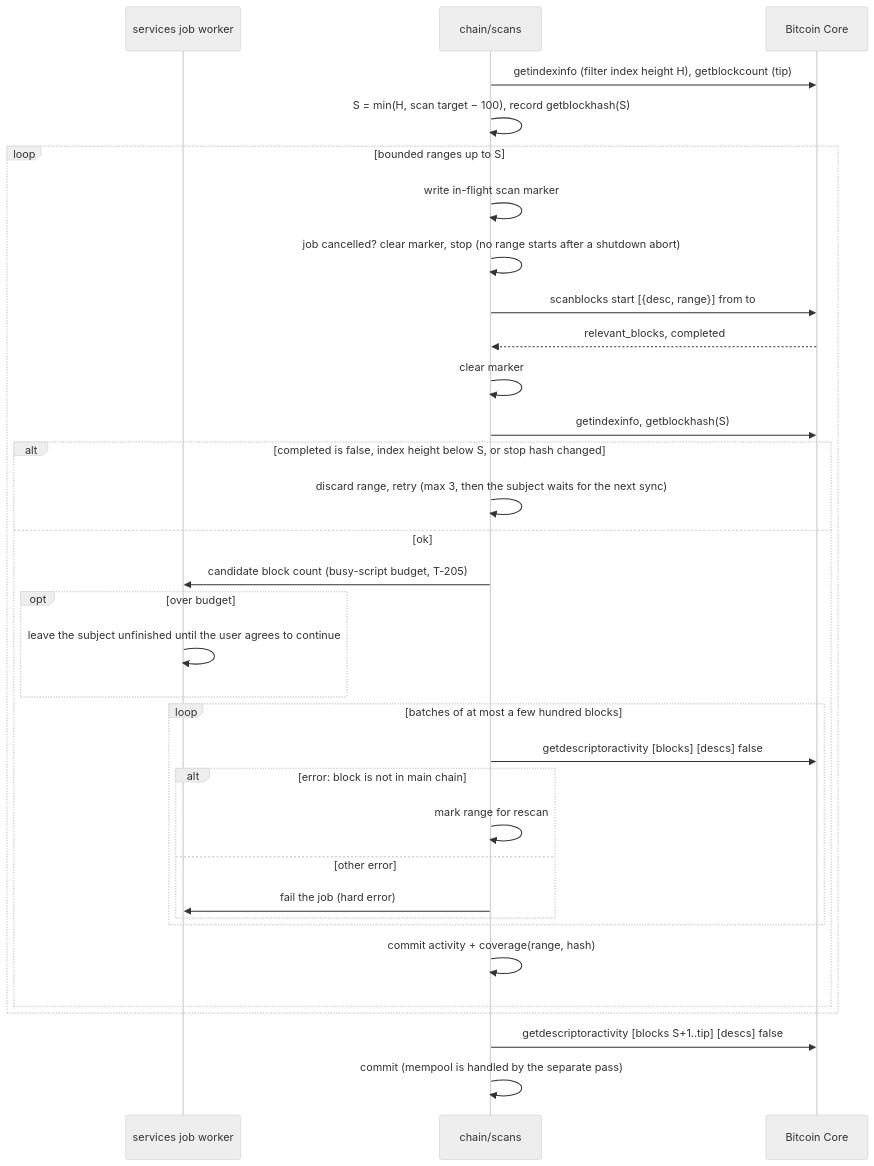
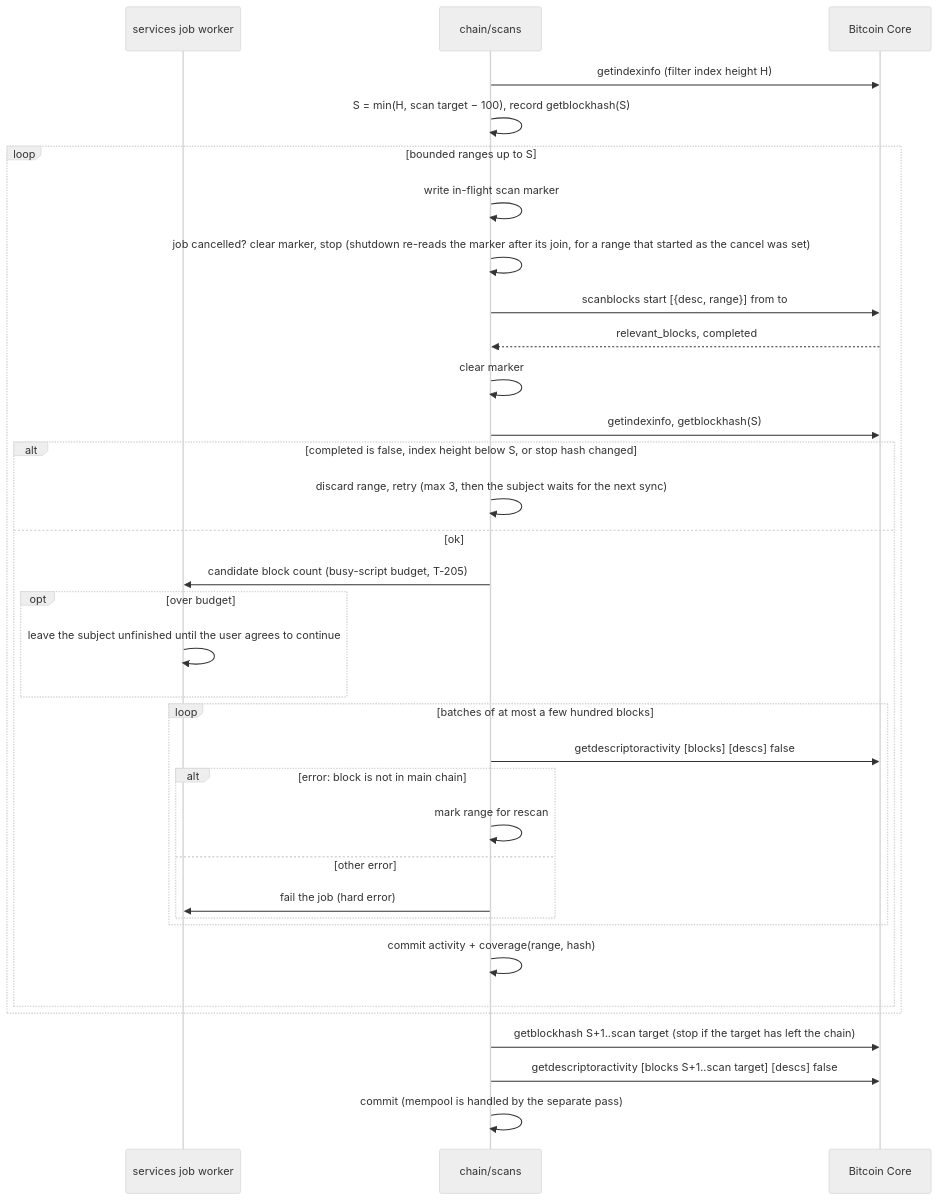
One commit to kristovatlas/coin-accounting changed the sixth of 9 diagrams in docs/architecture.md. Above: the diagram before and after it, drawn with Mermaid (neutral theme). The commit also changed other lines of this file and 3 other files, not shown here.

First line of the commit message:
M1 closing round 2: the architecture diagrams, header and ADR 0035 corrected (PR #181)

````diff
--- a/docs/architecture.md
+++ b/docs/architecture.md
@@ -290,35 +290,36 @@
 ```mermaid
 sequenceDiagram
   participant J as services job worker
   participant C as chain/scans
   participant N as Bitcoin Core
-  C->>N: getindexinfo (filter index height H), getblockcount (tip)
+  C->>N: getindexinfo (filter index height H)
   C->>C: S = min(H, scan target − 100), record getblockhash(S)
   loop bounded ranges up to S
     C->>C: write in-flight scan marker
-    C->>C: job cancelled? clear marker, stop (no range starts after a shutdown abort)
+    C->>C: job cancelled? clear marker, stop (shutdown re-reads the marker after its join, for a range that started as the cancel was set)
     C->>N: scanblocks start [{desc, range}] from to
     N-->>C: relevant_blocks, completed
     C->>C: clear marker
     C->>N: getindexinfo, getblockhash(S)
     alt completed is false, index height below S, or stop hash changed
       C->>C: discard range, retry (max 3, then the subject waits for the next sync)
     else ok
       C->>J: candidate block count (busy-script budget, T-205)
       opt over budget
         J->>J: leave the subject unfinished until the user agrees to continue
       end
       loop batches of at most a few hundred blocks
         C->>N: getdescriptoractivity [blocks] [descs] false
         alt error: block is not in main chain
           C->>C: mark range for rescan
         else other error
           C->>J: fail the job (hard error)
         end
       end
       C->>C: commit activity + coverage(range, hash)
     end
   end
-  C->>N: getdescriptoractivity [blocks S+1..tip] [descs] false
+  C->>N: getblockhash S+1..scan target (stop if the target has left the chain)
+  C->>N: getdescriptoractivity [blocks S+1..scan target] [descs] false
   C->>C: commit (mempool is handled by the separate pass)
 ```
````
